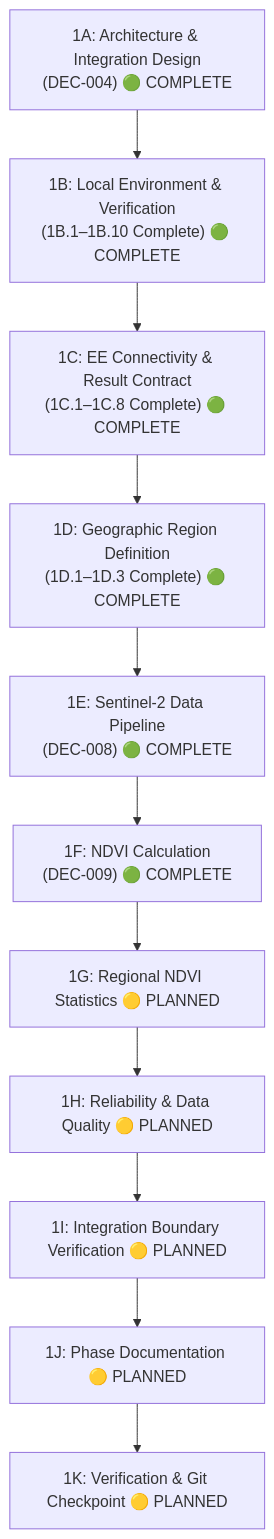
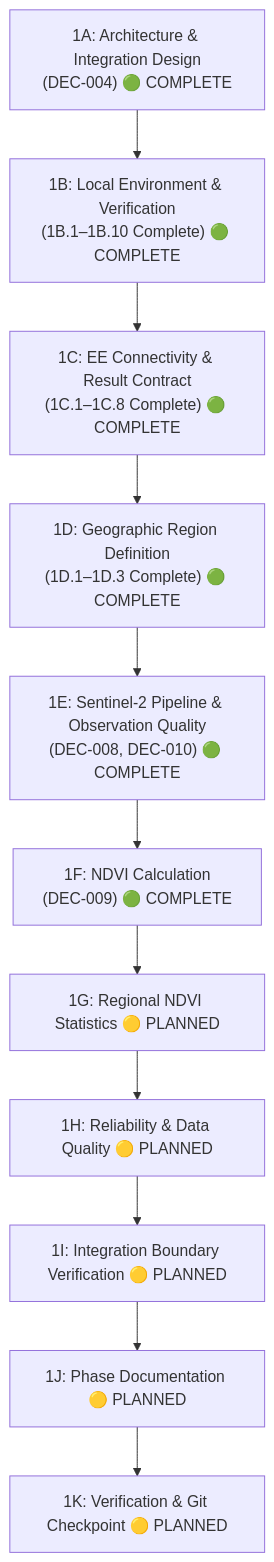
One commit to Kushagra-Dixit-0906/bharatsahayak-v2 changed the diagram in docs/phases/PHASE_01_EARTH_ENGINE_FOUNDATION.md. Above: the diagram before and after it, drawn with Mermaid. The commit also changed other lines of this file and 5 other files, not shown here.

Commit message:
docs: finalize DEC-010 observation quality architecture

````diff
--- a/docs/phases/PHASE_01_EARTH_ENGINE_FOUNDATION.md
+++ b/docs/phases/PHASE_01_EARTH_ENGINE_FOUNDATION.md
@@ -91,13 +91,13 @@
 ```mermaid
 graph TD
     S1A["1A: Architecture & Integration Design\n(DEC-004) 🟢 COMPLETE"] --> S1B["1B: Local Environment & Verification\n(1B.1–1B.10 Complete) 🟢 COMPLETE"]
     S1B --> S1C["1C: EE Connectivity & Result Contract\n(1C.1–1C.8 Complete) 🟢 COMPLETE"]
     S1C --> S1D["1D: Geographic Region Definition\n(1D.1–1D.3 Complete) 🟢 COMPLETE"]
-    S1D --> S1E["1E: Sentinel-2 Data Pipeline\n(DEC-008) 🟢 COMPLETE"]
+    S1D --> S1E["1E: Sentinel-2 Pipeline & Observation Quality\n(DEC-008, DEC-010) 🟢 COMPLETE"]
     S1E --> S1F["1F: NDVI Calculation\n(DEC-009) 🟢 COMPLETE"]
     S1F --> S1G["1G: Regional NDVI Statistics 🟡 PLANNED"]
     S1G --> S1H["1H: Reliability & Data Quality 🟡 PLANNED"]
     S1H --> S1I["1I: Integration Boundary Verification 🟡 PLANNED"]
     S1I --> S1J["1J: Phase Documentation 🟡 PLANNED"]
     S1J --> S1K["1K: Verification & Git Checkpoint 🟡 PLANNED"]
 ```
````
